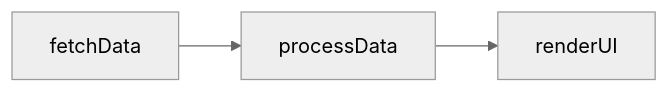
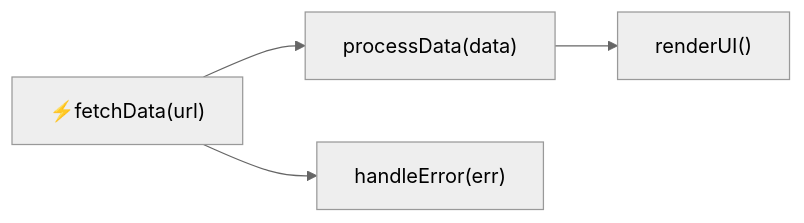
One commit to sunjoy18/DeCodify changed the third of 4 diagrams in README.md. Above: the diagram before and after it, drawn with Mermaid (neutral theme). The commit also changed other lines of this file and 24 other files, not shown here.

First line of the commit message:
Add diagram visualization and codebase tab enhancements

````diff
--- a/README.md
+++ b/README.md
@@ -127,5 +142,6 @@
 ```mermaid
 graph LR
-    fetchData[fetchData] --> processData[processData]
-    processData --> renderUI[renderUI]
+    fetchData["⚡fetchData(url)"] --> processData["processData(data)"]
+    processData --> renderUI["renderUI()"]
+    fetchData --> handleError["handleError(err)"]
 ```
````
